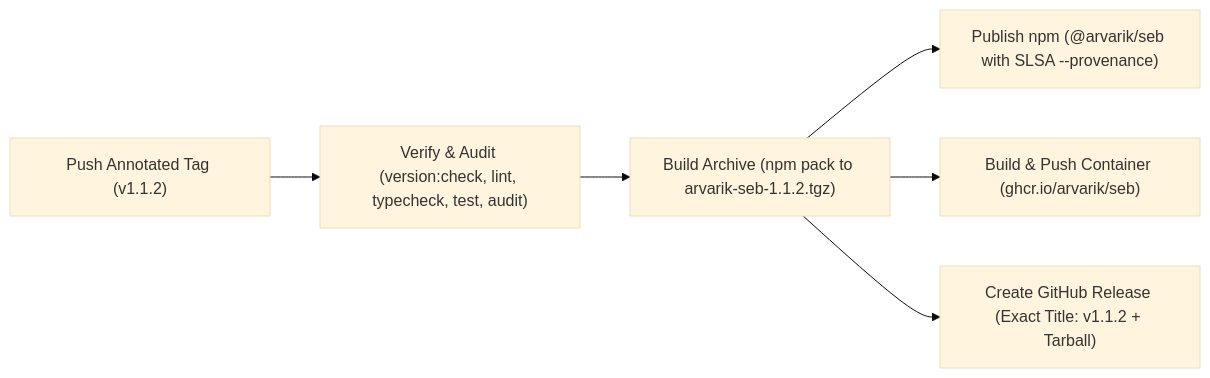
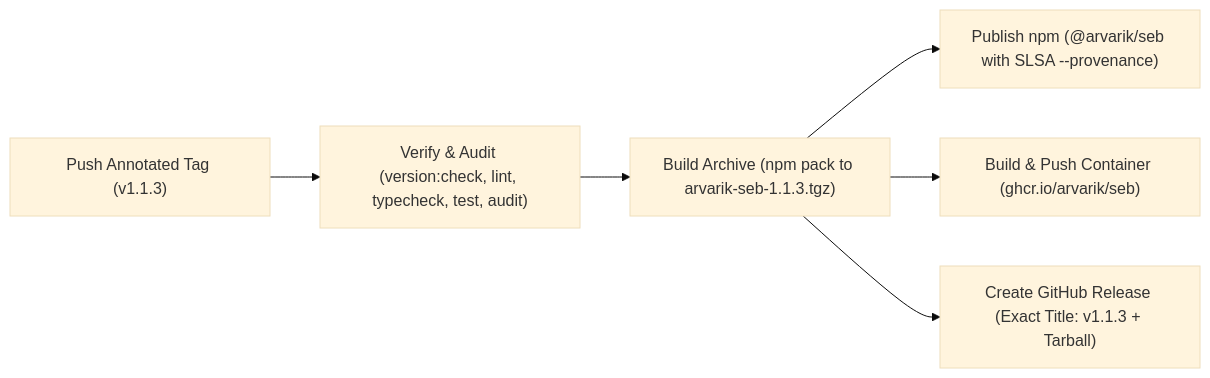
Before and after one commit to arvarik/seb: the diagram in docs/VERSIONING.md, drawn with Mermaid (base theme). The commit also changed other lines of this file and 22 other files, not shown here.

````diff
--- a/docs/VERSIONING.md
+++ b/docs/VERSIONING.md
@@ -7,8 +7,8 @@
 ```mermaid
 flowchart LR
-  TAG["Push Annotated Tag (v1.1.2)"] --> VERIFY["Verify & Audit (version:check, lint, typecheck, test, audit)"]
-  VERIFY --> PACK["Build Archive (npm pack to arvarik-seb-1.1.2.tgz)"]
+  TAG["Push Annotated Tag (v1.1.3)"] --> VERIFY["Verify & Audit (version:check, lint, typecheck, test, audit)"]
+  VERIFY --> PACK["Build Archive (npm pack to arvarik-seb-1.1.3.tgz)"]
   PACK --> NPM["Publish npm (@arvarik/seb with SLSA --provenance)"]
   PACK --> GHCR["Build & Push Container (ghcr.io/arvarik/seb)"]
-  PACK --> GHREL["Create GitHub Release (Exact Title: v1.1.2 + Tarball)"]
+  PACK --> GHREL["Create GitHub Release (Exact Title: v1.1.3 + Tarball)"]
 ```
````
